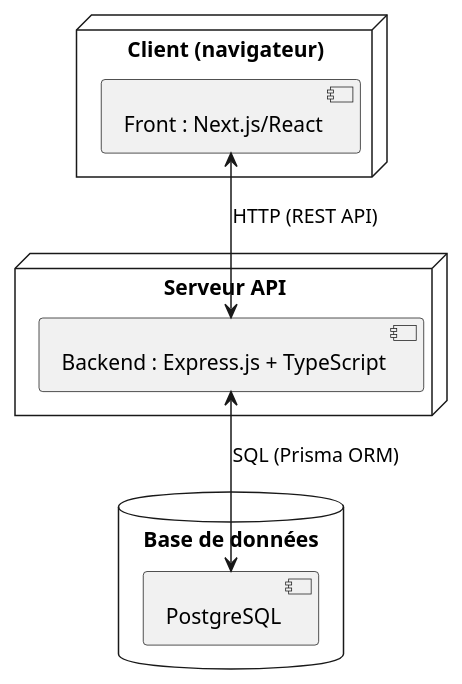
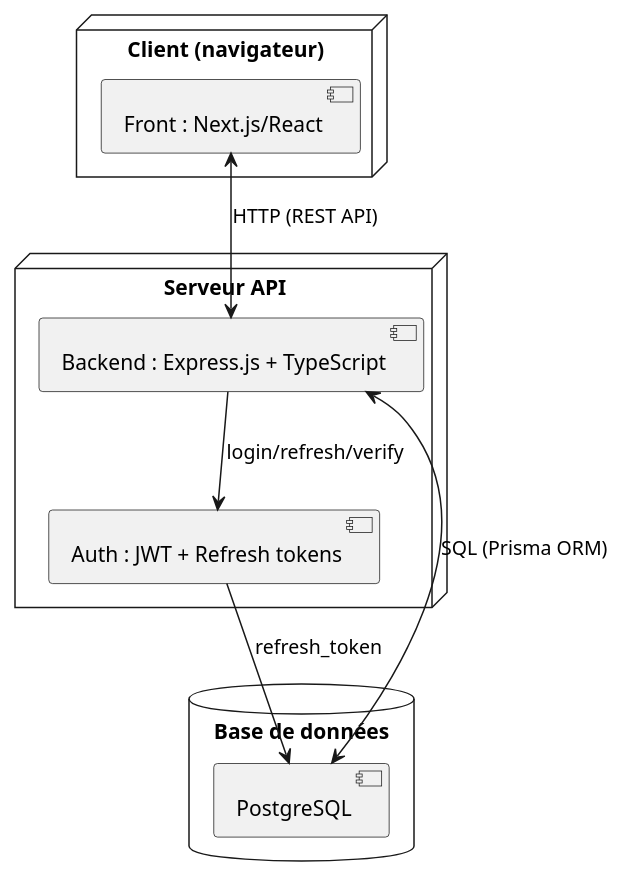
Before and after one commit to Salyarket/GreenRoots-Conception: the diagram in UML/[architecture]/diagramme_architecture.puml, drawn with PlantUML. The commit also changed 32 other files, not shown here.

Commit message:
chores: ui files and merise uml replaced

```diff
--- a/UML/[architecture]/diagramme_architecture.puml
+++ b/UML/[architecture]/diagramme_architecture.puml
@@ -1,16 +1,19 @@
 @startuml Diagramme d'architecture GreenRoots
 node "Client (navigateur)" {
   [Front : Next.js/React]
 }
 
 node "Serveur API" {
   [Backend : Express.js + TypeScript]
+  [Auth : JWT + Refresh tokens]
 }
 
 database "Base de données" {
   [PostgreSQL]
 }
 
 [Front : Next.js/React] <--> [Backend : Express.js + TypeScript] : HTTP (REST API)
 [Backend : Express.js + TypeScript] <--> [PostgreSQL] : SQL (Prisma ORM)
+[Backend : Express.js + TypeScript] --> [Auth : JWT + Refresh tokens] : login/refresh/verify
+[Auth : JWT + Refresh tokens] --> [PostgreSQL] : refresh_token
 @enduml
```
